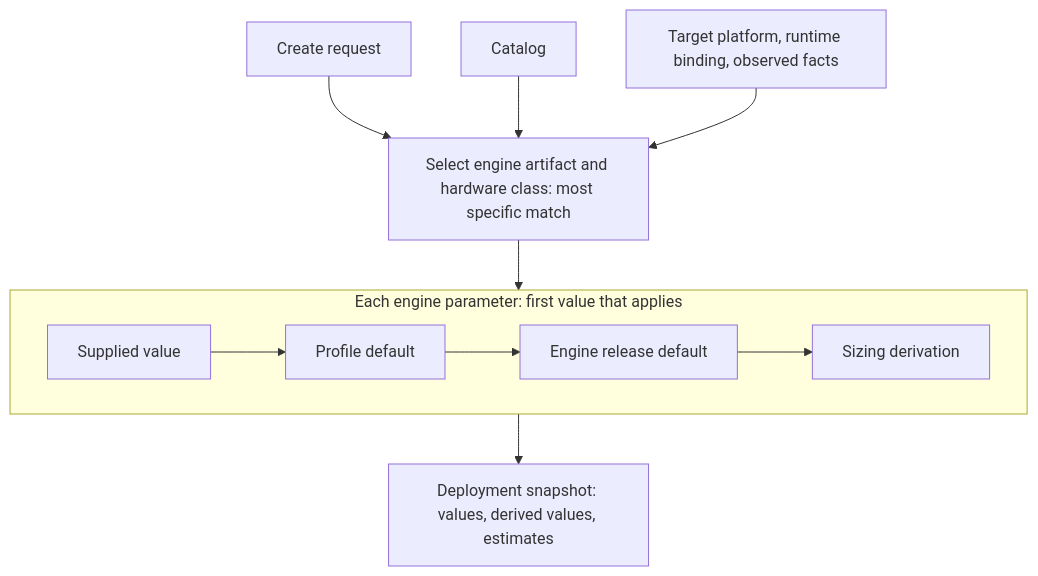
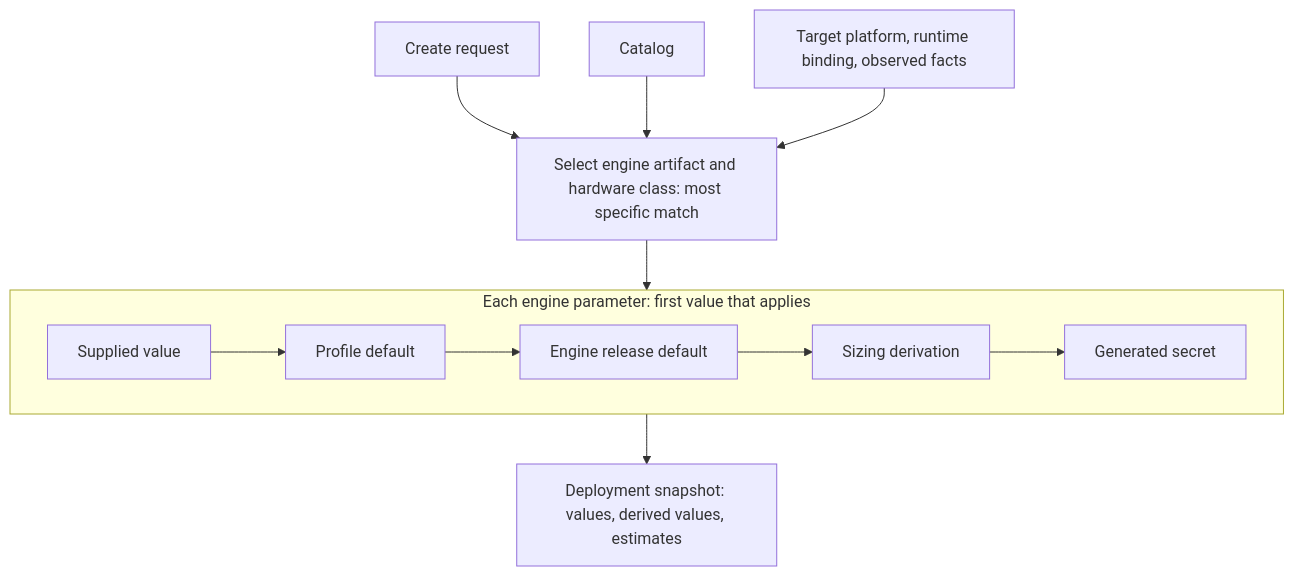
Before and after one commit to dotcoreai/dotcore: the second of 6 diagrams in docs/specs/models.md, drawn with Mermaid. The commit also changed other lines of this file and 34 other files, not shown here.

Commit message:
unreviewed: feat(backend): accept secret engine parameters

````diff
--- a/docs/specs/models.md
+++ b/docs/specs/models.md
@@ -54,11 +54,11 @@
 ```mermaid
 flowchart TB
   REQ["Create request"] --> SEL["Select engine artifact and hardware class: most specific match"]
   CAT["Catalog"] --> SEL
   FACTS["Target platform, runtime binding, observed facts"] --> SEL
   SEL --> MERGE
   subgraph MERGE["Each engine parameter: first value that applies"]
-    S1["Supplied value"] --> S2["Profile default"] --> S3["Engine release default"] --> S4["Sizing derivation"]
+    S1["Supplied value"] --> S2["Profile default"] --> S3["Engine release default"] --> S4["Sizing derivation"] --> S5["Generated secret"]
   end
   MERGE --> SNAP["Deployment snapshot: values, derived values, estimates"]
 ```
````
